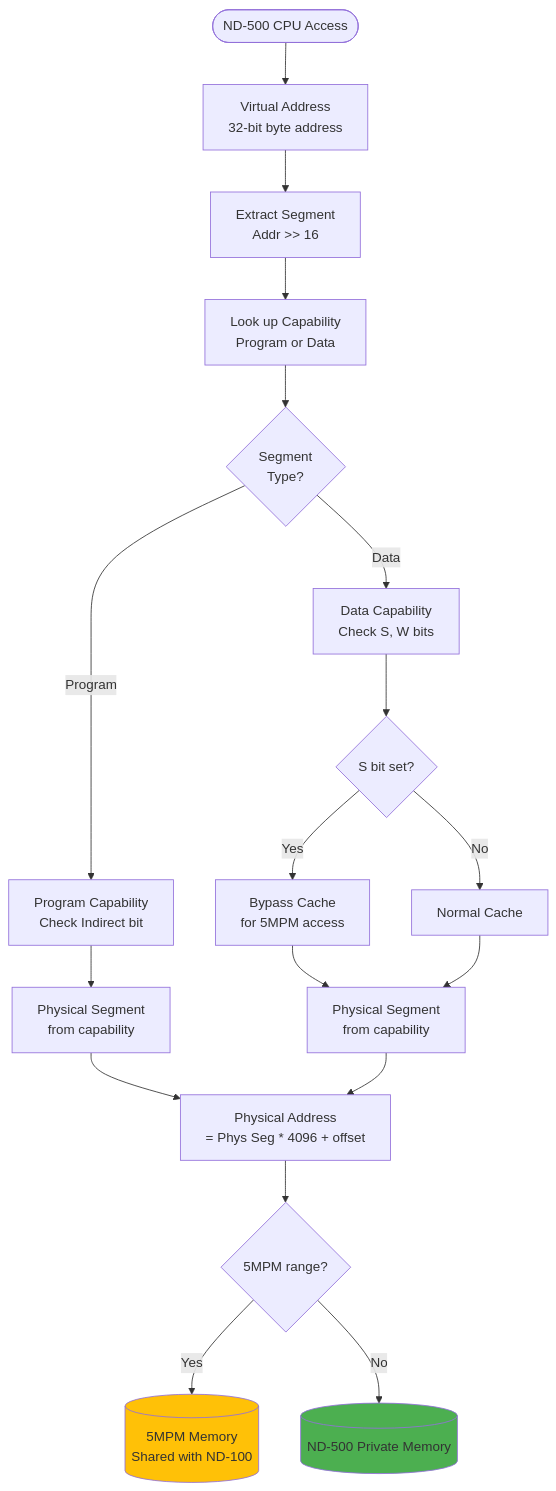
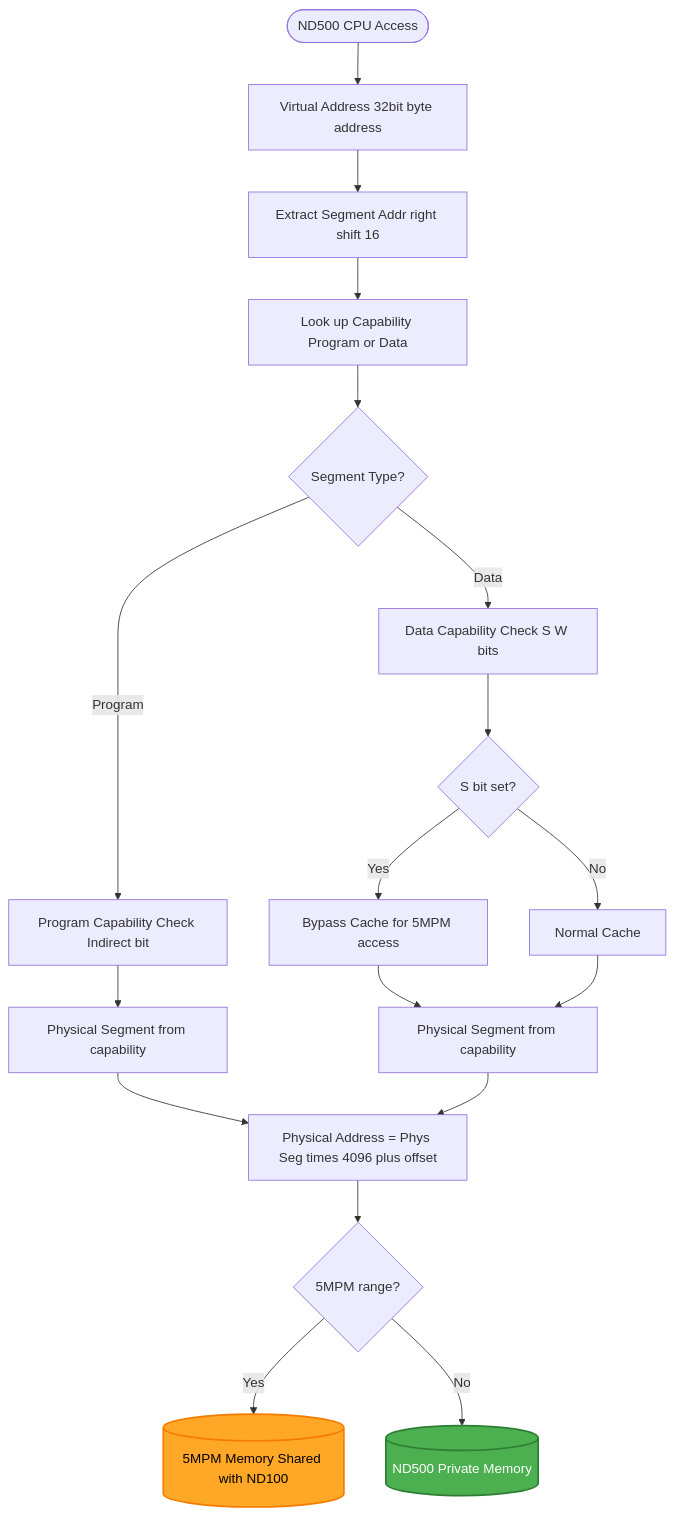
Before and after one commit to HackerCorpLabs/NDInsight: the third of 3 diagrams in SINTRAN/OS/19-MEMORY-MAP-REFERENCE.md, drawn with Mermaid. The commit also changed other lines of this file and 19 other files, not shown here.

Commit message:
Updated Mermaid diagrams

````diff
--- a/SINTRAN/OS/19-MEMORY-MAP-REFERENCE.md
+++ b/SINTRAN/OS/19-MEMORY-MAP-REFERENCE.md
@@ -771,32 +771,32 @@
 ```mermaid
 flowchart TD
-    START([ND-500 CPU Access]) --> VIRT[Virtual Address<br/>32-bit byte address]
-    
-    VIRT --> SEG[Extract Segment<br/>Addr >> 16]
-    SEG --> CAP[Look up Capability<br/>Program or Data]
-    
-    CAP --> TYPE{Segment<br/>Type?}
-    
-    TYPE -->|Program| PROGCAP[Program Capability<br/>Check Indirect bit]
-    TYPE -->|Data| DATACAP[Data Capability<br/>Check S, W bits]
-    
-    PROGCAP --> PHYSSEG1[Physical Segment<br/>from capability]
+    START([ND500 CPU Access]) --> VIRT[Virtual Address 32bit byte address]
+
+    VIRT --> SEG[Extract Segment Addr right shift 16]
+    SEG --> CAP[Look up Capability Program or Data]
+
+    CAP --> TYPE{Segment Type?}
+
+    TYPE -->|Program| PROGCAP[Program Capability Check Indirect bit]
+    TYPE -->|Data| DATACAP[Data Capability Check S W bits]
+
+    PROGCAP --> PHYSSEG1[Physical Segment from capability]
     DATACAP --> CACHE{S bit set?}
-    
-    CACHE -->|Yes| BYPASS[Bypass Cache<br/>for 5MPM access]
+
+    CACHE -->|Yes| BYPASS[Bypass Cache for 5MPM access]
     CACHE -->|No| NORMAL[Normal Cache]
-    
-    BYPASS --> PHYSSEG2[Physical Segment<br/>from capability]
+
+    BYPASS --> PHYSSEG2[Physical Segment from capability]
     NORMAL --> PHYSSEG2
-    
-    PHYSSEG1 --> PHYS[Physical Address<br/>= Phys Seg * 4096 + offset]
+
+    PHYSSEG1 --> PHYS[Physical Address = Phys Seg times 4096 plus offset]
     PHYSSEG2 --> PHYS
-    
+
     PHYS --> CHECK{5MPM range?}
-    
-    CHECK -->|Yes| MPM[(5MPM Memory<br/>Shared with ND-100)]
-    CHECK -->|No| MEM[(ND-500 Private Memory)]
-    
-    style MPM fill:#ffc107
-    style MEM fill:#4caf50
+
+    CHECK -->|Yes| MPM[(5MPM Memory Shared with ND100)]
+    CHECK -->|No| MEM[(ND500 Private Memory)]
+
+    style MPM fill:#FFA726,stroke:#F57C00,stroke-width:2px,color:#000
+    style MEM fill:#4CAF50,stroke:#2E7D32,stroke-width:2px,color:#fff
 ```
````
